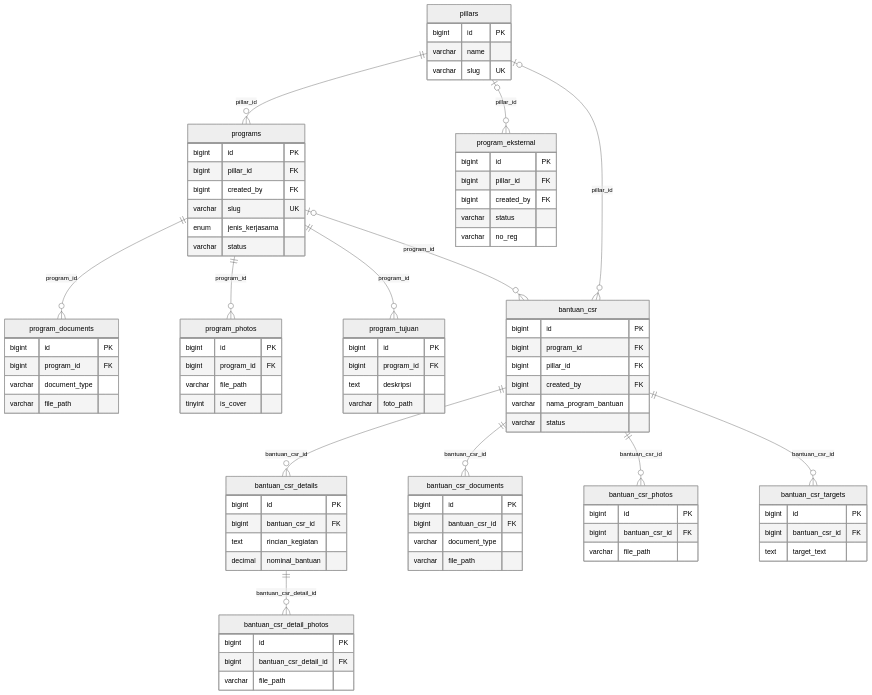
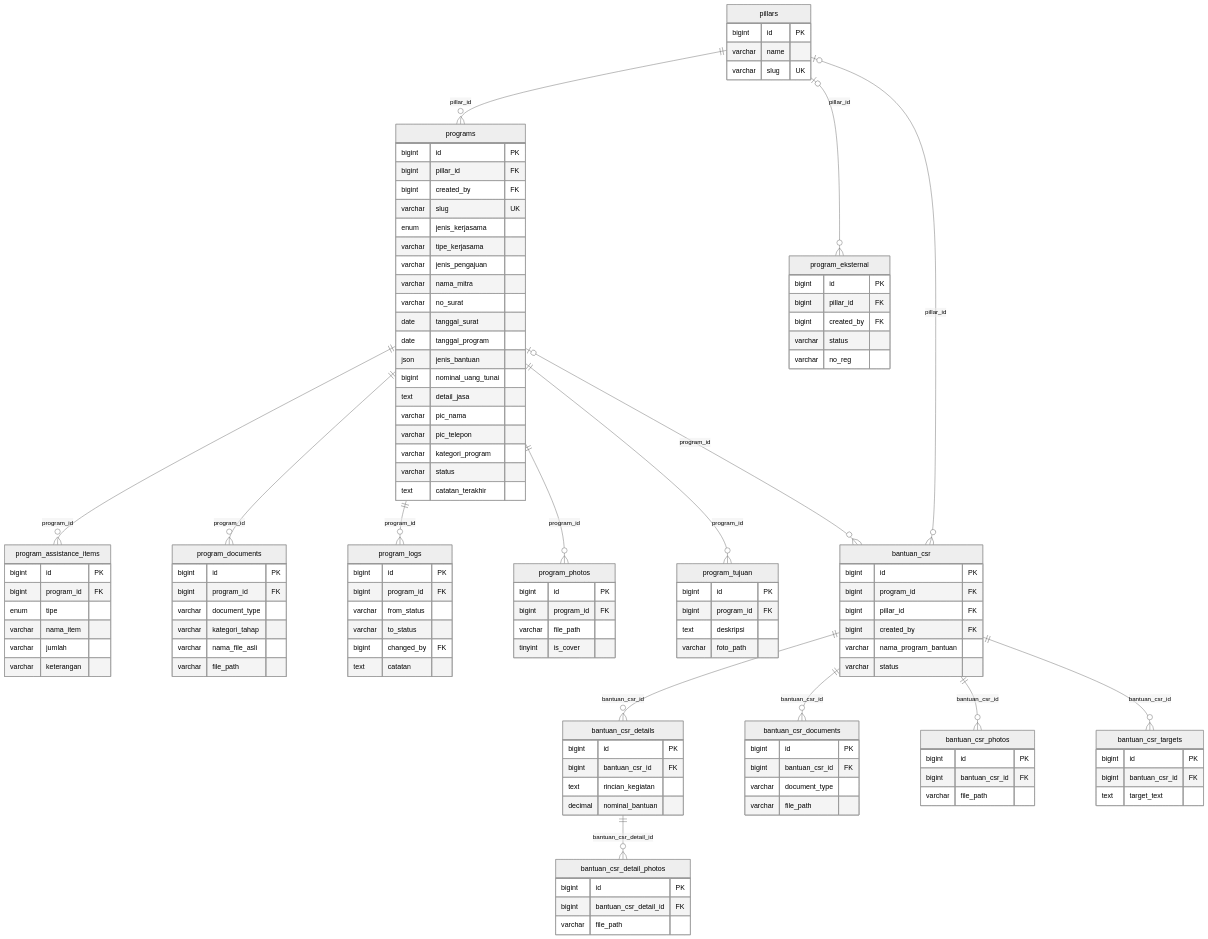
One commit to wildangood-404/lensatjslinka changed the first of 3 diagrams in ERD-TJSLINKA.md. Above: the diagram before and after it, drawn with Mermaid (neutral theme). The commit also changed other lines of this file and 83 other files, not shown here.

```diff
--- a/ERD-TJSLINKA.md
+++ b/ERD-TJSLINKA.md
@@ -19,13 +21,44 @@
         bigint created_by FK
         varchar slug UK
         enum jenis_kerjasama
+        varchar tipe_kerjasama
+        varchar jenis_pengajuan
+        varchar nama_mitra
+        varchar no_surat
+        date tanggal_surat
+        date tanggal_program
+        json jenis_bantuan
+        bigint nominal_uang_tunai
+        text detail_jasa
+        varchar pic_nama
+        varchar pic_telepon
+        varchar kategori_program
         varchar status
+        text catatan_terakhir
+    }
+    program_assistance_items {
+        bigint id PK
+        bigint program_id FK
+        enum tipe
+        varchar nama_item
+        varchar jumlah
+        varchar keterangan
     }
     program_documents {
         bigint id PK
         bigint program_id FK
         varchar document_type
+        varchar kategori_tahap
+        varchar nama_file_asli
         varchar file_path
+    }
+    program_logs {
+        bigint id PK
+        bigint program_id FK
+        varchar from_status
+        varchar to_status
+        bigint changed_by FK
+        text catatan
     }
     program_photos {
         bigint id PK
@@ -87,6 +120,8 @@
     pillars o|--o{ program_eksternal : pillar_id
     programs o|--o{ bantuan_csr : program_id
     programs ||--o{ program_documents : program_id
+    programs ||--o{ program_logs : program_id
+    programs ||--o{ program_assistance_items : program_id
     programs ||--o{ program_photos : program_id
     programs ||--o{ program_tujuan : program_id
     bantuan_csr ||--o{ bantuan_csr_details : bantuan_csr_id
```
